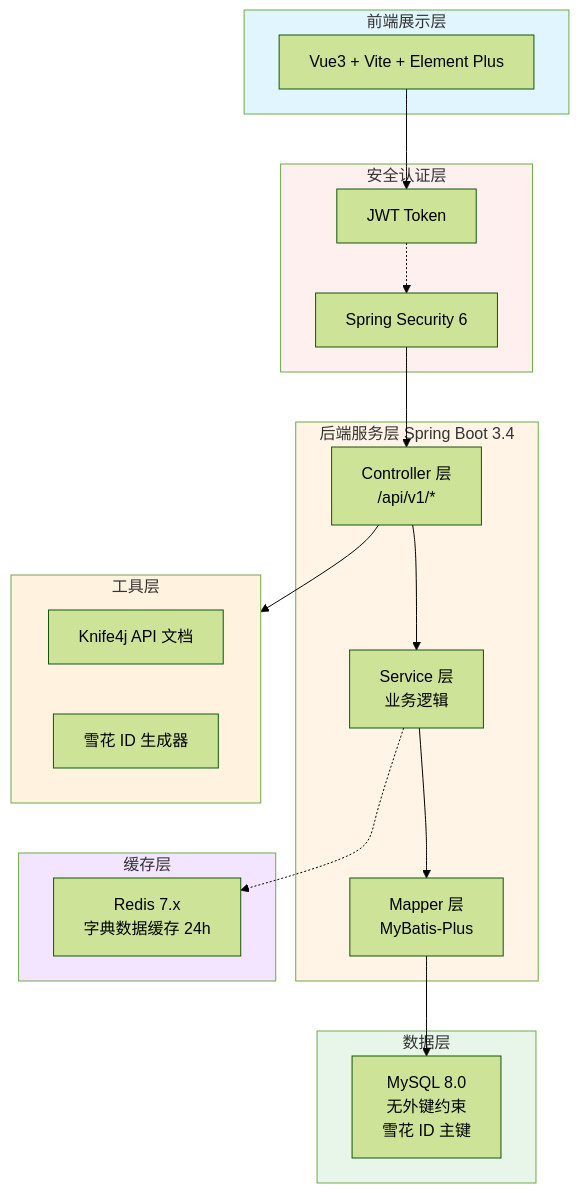
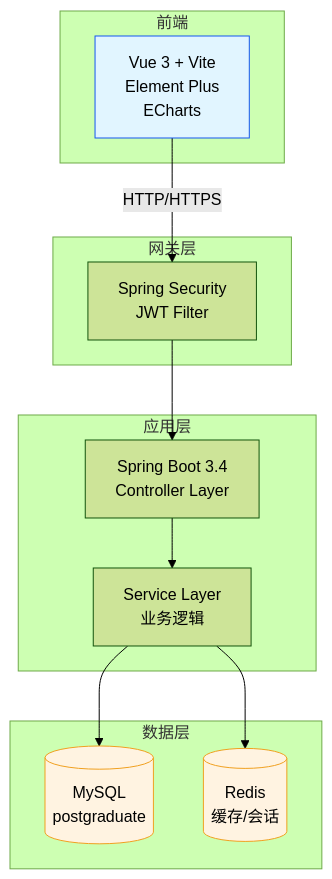
The first of 3 diagrams in README.md (junwOpenSourceProjects/JOSP-SystemTempleJava), drawn with Mermaid (forest theme) before and after one commit. The commit also changed other lines of this file, not shown here.

Commit message:
docs: 补充完整的后端 README.md（架构图+mermaid流程图+快速开始）

````diff
--- a/README.md
+++ b/README.md
@@ -22,47 +155,30 @@
 ```mermaid
 graph TB
-    subgraph Frontend["前端展示层"]
-        Vue3["Vue3 + Vite + Element Plus"]
+    subgraph 前端
+        A[Vue 3 + Vite<br/>Element Plus<br/>ECharts]
     end
 
-    subgraph Gateway["安全认证层"]
-        JWT["JWT Token"]
-        Security["Spring Security 6"]
+    subgraph 网关层
+        B[Spring Security<br/>JWT Filter]
     end
 
-    subgraph Backend["后端服务层 Spring Boot 3.4"]
-        Controller["Controller 层<br/>/api/v1/*"]
-        Service["Service 层<br/>业务逻辑"]
-        Mapper["Mapper 层<br/>MyBatis-Plus"]
-
-        Controller --> Service
-        Service --> Mapper
+    subgraph 应用层
+        C[Spring Boot 3.4<br/>Controller Layer]
+        D[Service Layer<br/>业务逻辑]
     end
 
-    subgraph Cache["缓存层"]
-        Redis["Redis 7.x<br/>字典数据缓存 24h"]
+    subgraph 数据层
+        E[(MySQL<br/>postgraduate)]
+        F[(Redis<br/>缓存/会话)]
     end
 
-    subgraph Database["数据层"]
-        MySQL["MySQL 8.0<br/>无外键约束<br/>雪花 ID 主键"]
-    end
+    A -->|HTTP/HTTPS| B
+    B --> C
+    C --> D
+    D --> E
+    D --> F
 
-    subgraph Tools["工具层"]
-        Knife4j["Knife4j API 文档"]
-        Snowflake["雪花 ID 生成器"]
-    end
-
-    Vue3 --> JWT
-    JWT -.-> Security
-    Security --> Controller
-    Mapper --> MySQL
-    Service -.-> Redis
-    Controller --> Tools
-
-    style Frontend fill:#e1f5ff
-    style Gateway fill:#fff0f0
-    style Backend fill:#fff4e6
-    style Cache fill:#f3e5ff
-    style Database fill:#e8f5e9
-    style Tools fill:#fff3e0
+    style A fill:#e1f5ff,stroke:#1456f0
+    style E fill:#fff3e1,stroke:#f0a020
+    style F fill:#fff3e1,stroke:#f0a020
 ```
````
